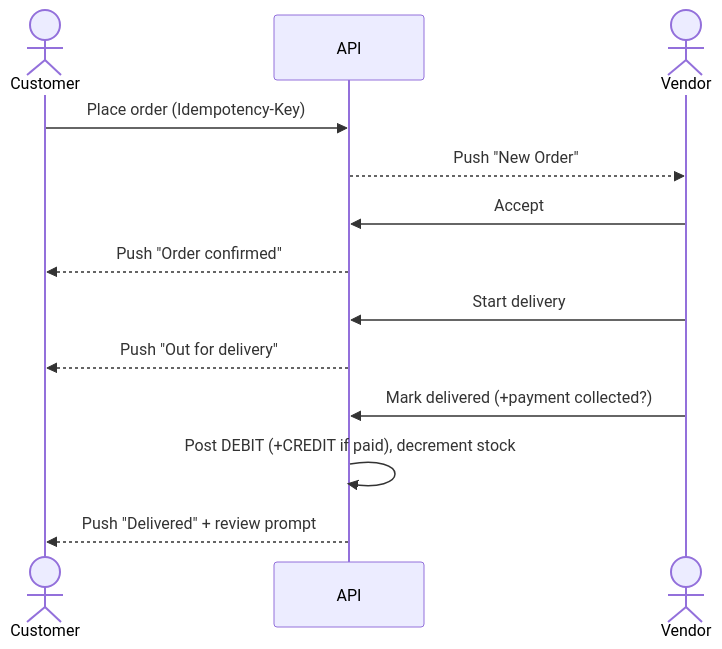
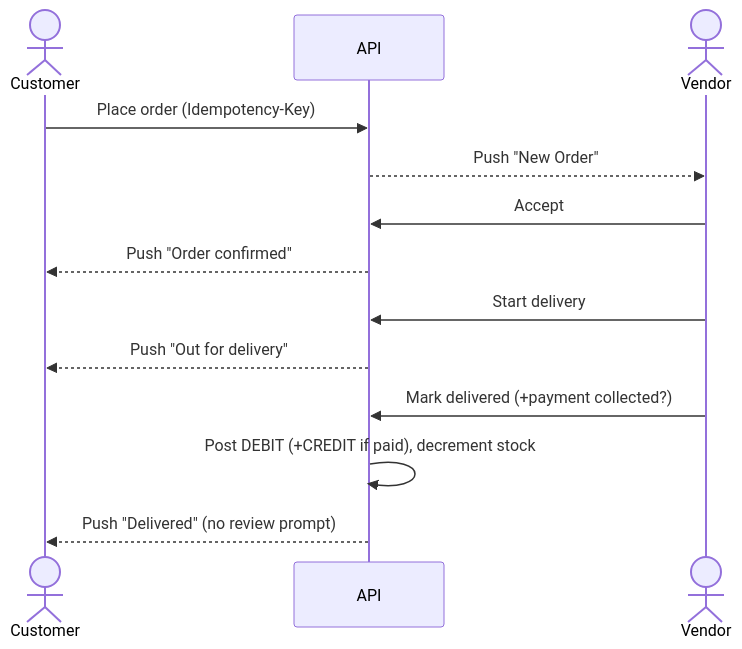
One commit to Priyankaagrawal/supplybiz changed the fifth of 7 diagrams in docs/03-ux/USER_FLOWS.md. Above: the diagram before and after it, drawn with Mermaid. The commit also changed other lines of this file and 39 other files, not shown here.

````diff
--- a/docs/03-ux/USER_FLOWS.md
+++ b/docs/03-ux/USER_FLOWS.md
@@ -104,15 +98,15 @@
 ```mermaid
 sequenceDiagram
     actor C as Customer
     participant API
     actor V as Vendor
     C->>API: Place order (Idempotency-Key)
     API-->>V: Push "New Order"
     V->>API: Accept
     API-->>C: Push "Order confirmed"
     V->>API: Start delivery
     API-->>C: Push "Out for delivery"
     V->>API: Mark delivered (+payment collected?)
     API->>API: Post DEBIT (+CREDIT if paid), decrement stock
-    API-->>C: Push "Delivered" + review prompt
+    API-->>C: Push "Delivered" (no review prompt)
 ```
````
